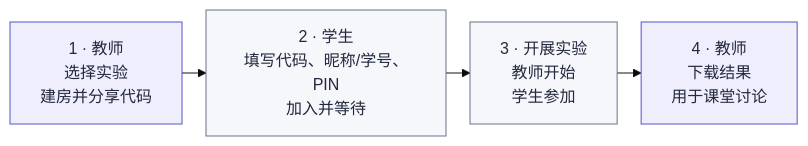
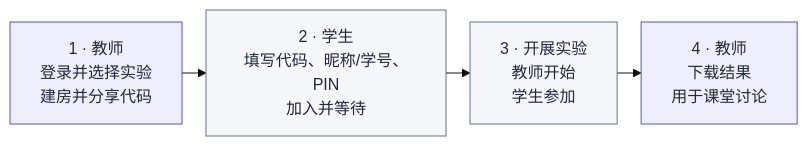
One commit to DKshawn/Double_Auction changed the diagram in README.zh-CN.md. Above: the diagram before and after it, drawn with Mermaid. The commit also changed other lines of this file and 57 other files, not shown here.

````diff
--- a/README.zh-CN.md
+++ b/README.zh-CN.md
@@ -11,24 +11,24 @@
 ```mermaid
 ---
 config:
   theme: base
   look: classic
   layout: dagre
   htmlLabels: true
   flowchart:
     rankSpacing: 24
     wrappingWidth: 180
 ---
 flowchart LR
     accTitle: 课堂使用流程
     accDescr: 教师创建房间，学生凭代码加入；教师开始实验，学生按提示参加，最后由教师下载结果。
-    A["1 · 教师<br/>选择实验<br/>建房并分享代码"]
+    A["1 · 教师<br/>登录并选择实验<br/>建房并分享代码"]
     B["2 · 学生<br/>填写代码、昵称/学号、PIN<br/>加入并等待"]
     C["3 · 开展实验<br/>教师开始<br/>学生参加"]
     D["4 · 教师<br/>下载结果<br/>用于课堂讨论"]
     A --> B --> C --> D
     classDef teacher fill:#eeeefd,stroke:#5456c7,color:#22283d
     classDef shared fill:#f6f7fb,stroke:#6a7287,color:#22283d
     class A,D teacher
     class B,C shared
 ```
````
